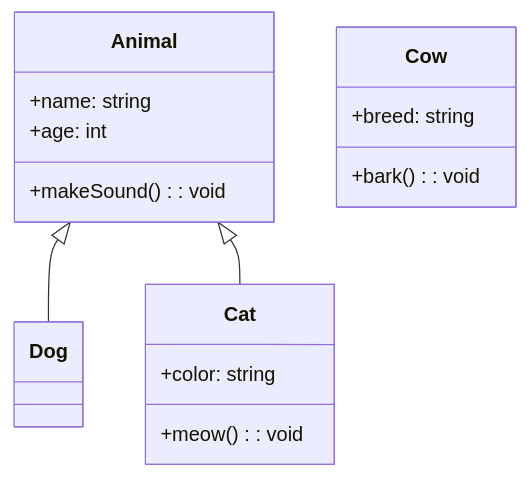
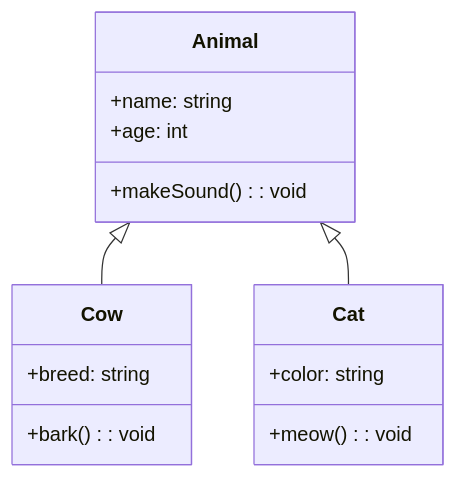
Before and after one commit to Spoingus/TroublesomeTanks_CDP: the diagram in README.md, drawn with Mermaid.

````diff
--- a/README.md
+++ b/README.md
@@ -1,22 +1,22 @@
 ```mermaid
 classDiagram
     class Animal {
         +name: string
         +age: int
         +makeSound(): void
     }
 
     class Cow {
         +breed: string
         +bark(): void
     }
 
     class Cat {
         +color: string
         +meow(): void
     }
 
-    Animal <|-- Dog
+    Animal <|-- Cow
     Animal <|-- Cat
 
 ```
````
